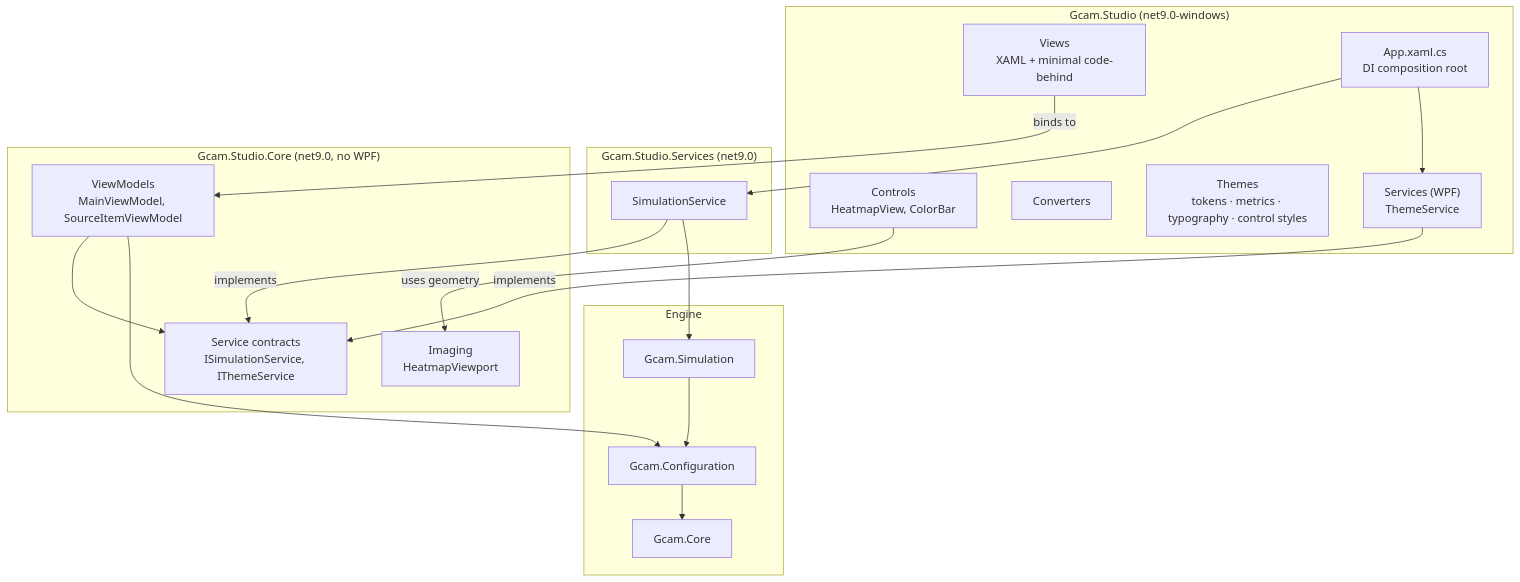
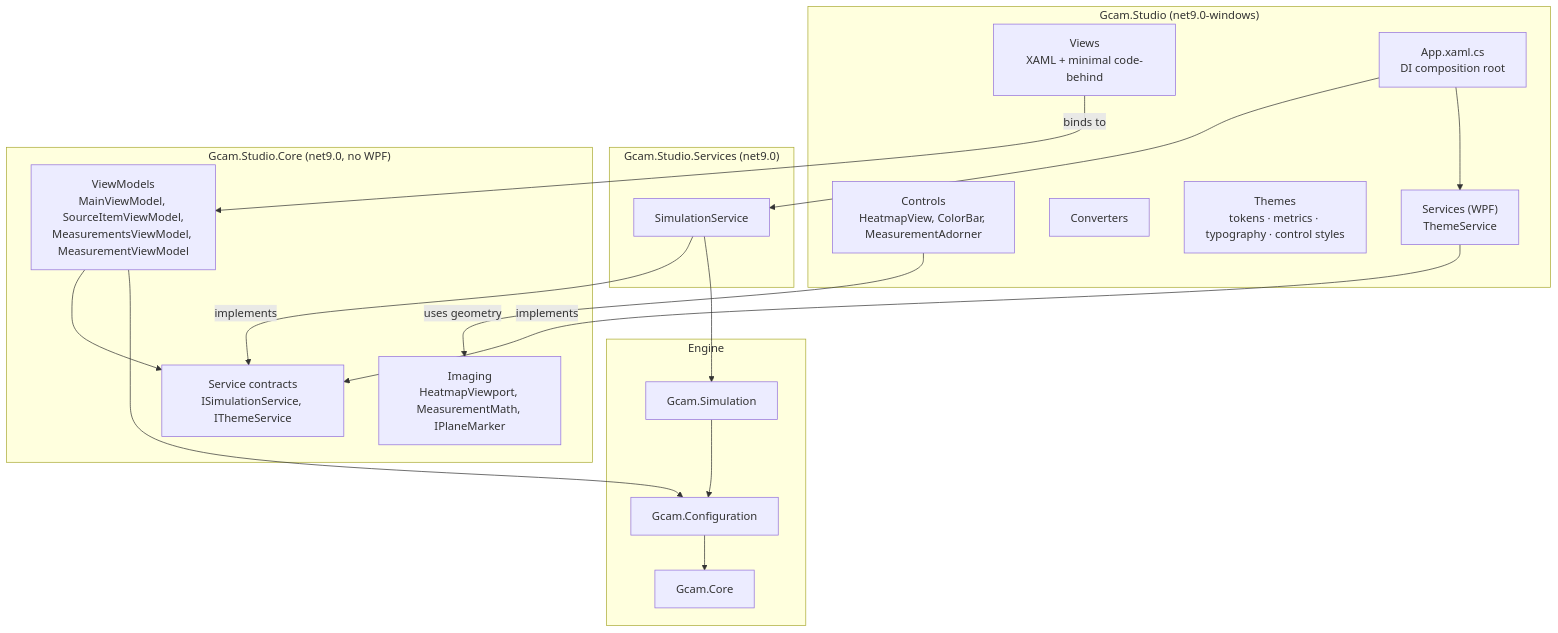
One commit to Jwlee-IL/G-CAM-Simulator changed the first of 2 diagrams in docs/DESIGN.Architecture.md. Above: the diagram before and after it, drawn with Mermaid. The commit also changed other lines of this file and 29 other files, not shown here.

First line of the commit message:
Studio: measurement tools, source drag and results panel

````diff
--- a/docs/DESIGN.Architecture.md
+++ b/docs/DESIGN.Architecture.md
@@ -16,35 +16,35 @@
 ```mermaid
 flowchart TB
     subgraph WPF["Gcam.Studio (net9.0-windows)"]
         Views["Views<br/>XAML + minimal code-behind"]
-        Controls["Controls<br/>HeatmapView, ColorBar"]
+        Controls["Controls<br/>HeatmapView, ColorBar, MeasurementAdorner"]
         Conv["Converters"]
         Themes["Themes<br/>tokens · metrics · typography · control styles"]
         WpfSvc["Services (WPF)<br/>ThemeService"]
         Root["App.xaml.cs<br/>DI composition root"]
     end
     subgraph SVC["Gcam.Studio.Services (net9.0)"]
         SimSvc["SimulationService"]
     end
     subgraph CORE["Gcam.Studio.Core (net9.0, no WPF)"]
-        VM["ViewModels<br/>MainViewModel, SourceItemViewModel"]
+        VM["ViewModels<br/>MainViewModel, SourceItemViewModel,<br/>MeasurementsViewModel, MeasurementViewModel"]
         Contracts["Service contracts<br/>ISimulationService, IThemeService"]
-        Geo["Imaging<br/>HeatmapViewport"]
+        Geo["Imaging<br/>HeatmapViewport, MeasurementMath, IPlaneMarker"]
     end
     subgraph ENGINE["Engine"]
         Sim["Gcam.Simulation"]
         Cfg["Gcam.Configuration"]
         C["Gcam.Core"]
     end
 
     Views -- binds to --> VM
     Controls -- uses geometry --> Geo
     WpfSvc -- implements --> Contracts
     SimSvc -- implements --> Contracts
     Root --> SimSvc
     Root --> WpfSvc
     VM --> Contracts
     SimSvc --> Sim
     VM --> Cfg
     Sim --> Cfg --> C
 ```
````
